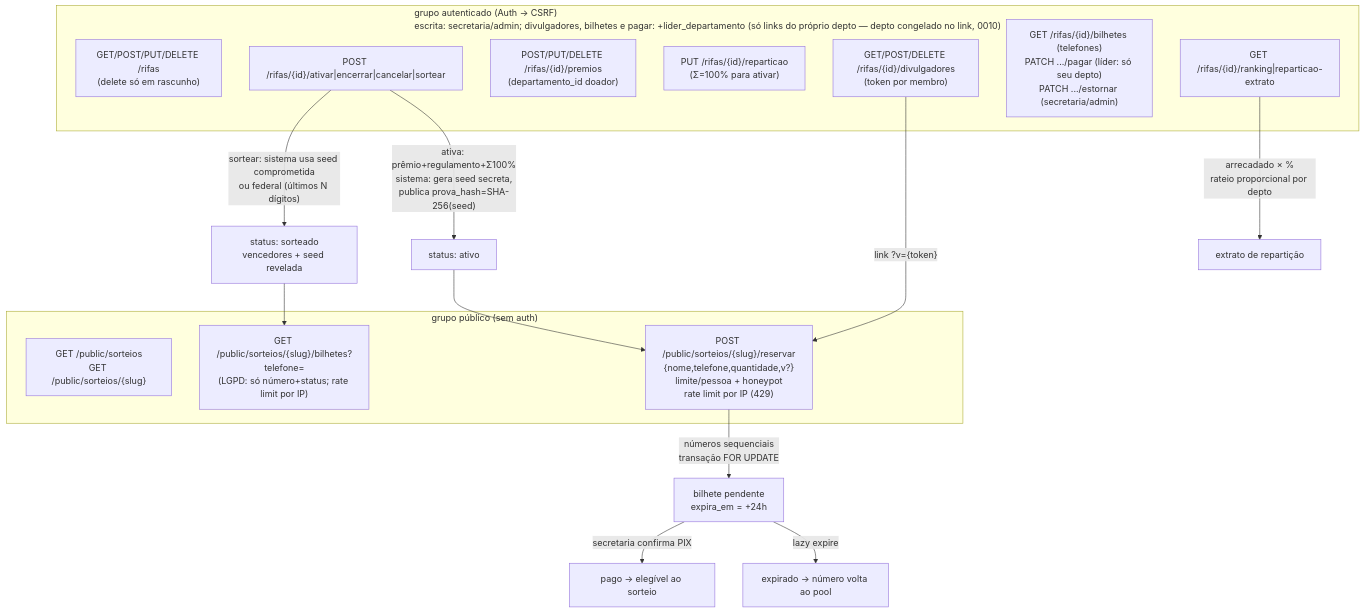
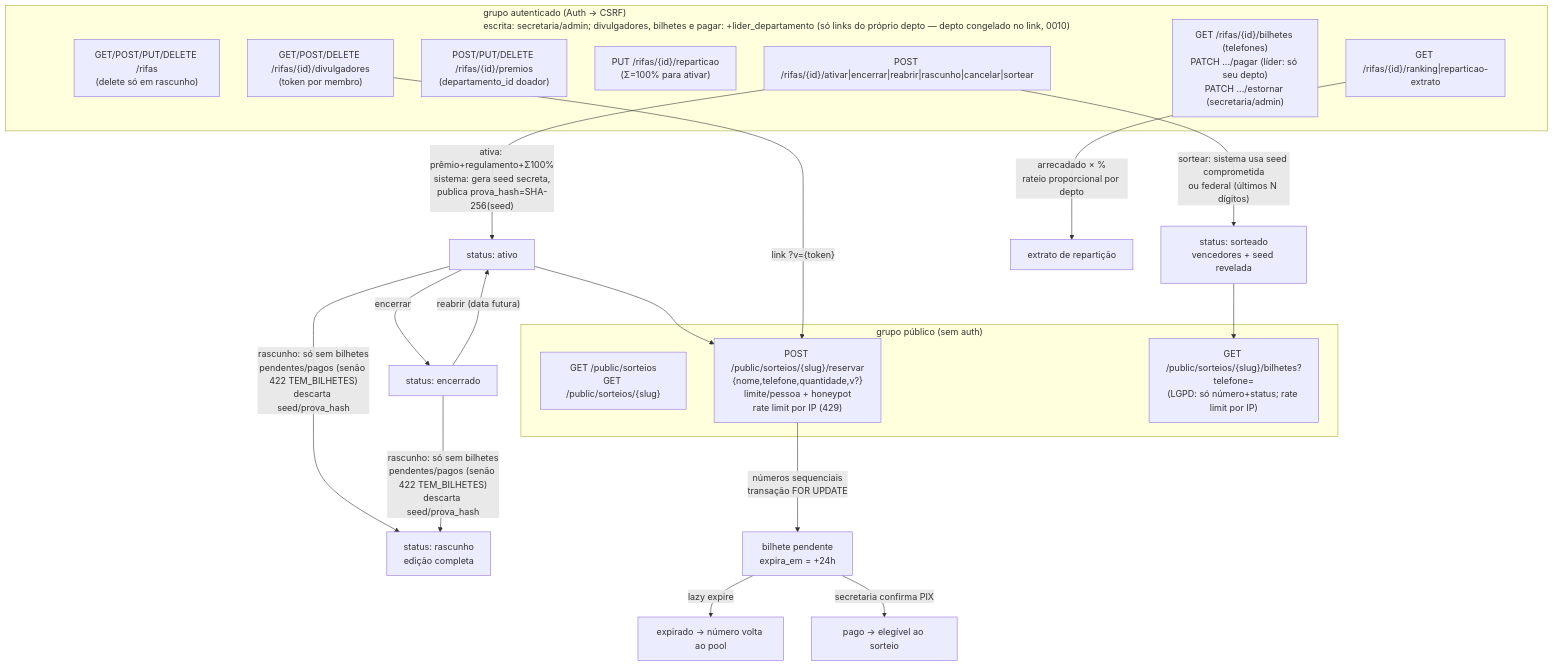
One commit to adab-218/siteadab changed the diagram in dev/docs/diagramas/rifas.mmd. Above: the diagram before and after it, drawn with Mermaid. The commit also changed 8 other files, not shown here.

First line of the commit message:
feat(sorteios): reabrir vendas e voltar sorteio para rascunho

```diff
--- a/dev/docs/diagramas/rifas.mmd
+++ b/dev/docs/diagramas/rifas.mmd
@@ -1,31 +1,34 @@
 %% M7 Sorteios Beneficentes - revisado em 2026-11-14 (escopo D5 do líder)
 %% Fonte: api/migrations/0009_rifas.sql,
 %%        api/src/Controllers/{RifasController,PublicController}.php,
 %%        api/src/Repositories/RifaRepository.php,
 %%        src/pages/admin/RifasPage.tsx, src/pages/SorteioPage.tsx
 flowchart TD
     subgraph ADMIN["grupo autenticado (Auth → CSRF)<br/>escrita: secretaria/admin; divulgadores, bilhetes e pagar: +lider_departamento (só links do próprio depto — depto congelado no link, 0010)"]
         CRUD["GET/POST/PUT/DELETE /rifas<br/>(delete só em rascunho)"]
-        CICLO["POST /rifas/{id}/ativar|encerrar|cancelar|sortear"]
+        CICLO["POST /rifas/{id}/ativar|encerrar|reabrir|rascunho|cancelar|sortear"]
         PRM["POST/PUT/DELETE /rifas/{id}/premios<br/>(departamento_id doador)"]
         REP["PUT /rifas/{id}/reparticao<br/>(Σ=100% para ativar)"]
         DIV["GET/POST/DELETE /rifas/{id}/divulgadores<br/>(token por membro)"]
         BIL["GET /rifas/{id}/bilhetes (telefones)<br/>PATCH .../pagar (líder: só seu depto)<br/>PATCH .../estornar (secretaria/admin)"]
         REL["GET /rifas/{id}/ranking|reparticao-extrato"]
     end
 
     subgraph PUBLIC["grupo público (sem auth)"]
         PL["GET /public/sorteios<br/>GET /public/sorteios/{slug}"]
         RES["POST /public/sorteios/{slug}/reservar<br/>{nome,telefone,quantidade,v?}<br/>limite/pessoa + honeypot<br/>rate limit por IP (429)"]
         MEU["GET /public/sorteios/{slug}/bilhetes?telefone=<br/>(LGPD: só número+status; rate limit por IP)"]
     end
 
     CICLO -->|"ativa: prêmio+regulamento+Σ100%<br/>sistema: gera seed secreta,<br/>publica prova_hash=SHA-256(seed)"| AT["status: ativo"]
     AT --> RES
+    AT -->|"encerrar"| ENC["status: encerrado"]
+    ENC -->|"reabrir (data futura)"| AT
+    AT & ENC -->|"rascunho: só sem bilhetes<br/>pendentes/pagos (senão 422 TEM_BILHETES)<br/>descarta seed/prova_hash"| RASC["status: rascunho<br/>edição completa"]
     RES -->|"números sequenciais<br/>transação FOR UPDATE"| PEND["bilhete pendente<br/>expira_em = +24h"]
     PEND -->|"lazy expire"| LIB["expirado → número volta ao pool"]
     PEND -->|"secretaria confirma PIX"| PAGO["pago → elegível ao sorteio"]
     DIV -->|"link ?v={token}"| RES
     CICLO -->|"sortear: sistema usa seed comprometida<br/>ou federal (últimos N dígitos)"| SOR["status: sorteado<br/>vencedores + seed revelada"]
     SOR --> MEU
     REL -->|"arrecadado × %<br/>rateio proporcional por depto"| EXT["extrato de repartição"]
```
